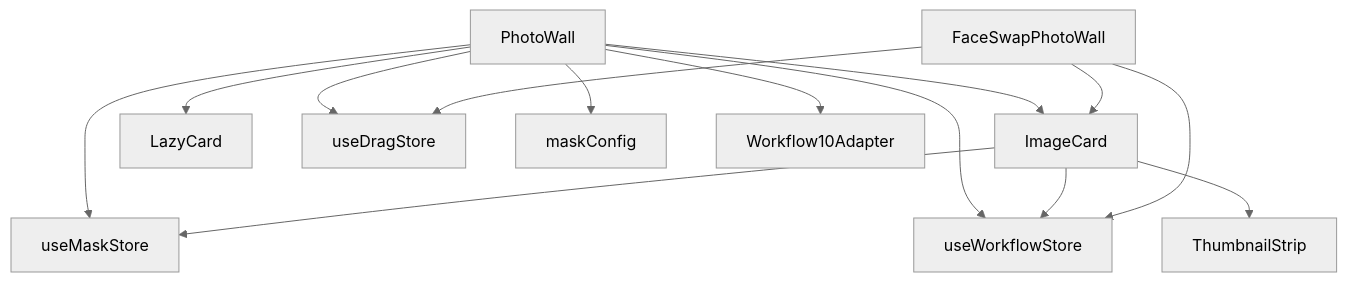
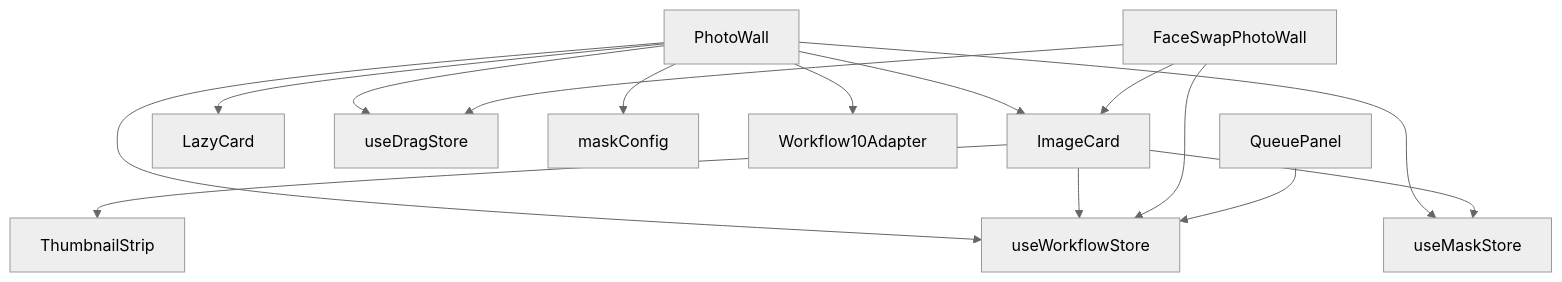
One commit to billye220670/CorineKit_Pix2Real changed diagram 11 of 11 in .qoder/repowiki/zh/content/用户界面组件/核心界面组件/图片墙组件 (PhotoWall).md. Above: the diagram before and after it, drawn with Mermaid (neutral theme). The commit also changed other lines of this file and 10 other files, not shown here.

Commit message:
feat: LoRA触发词右键上下文菜单与未使用检测 - 新增PromptContextMenu多层级右键菜单组件 - 移除侧边栏LoRA触发词文本显示，改为未使用时黄色警告图标 - 提示词输入框右键弹出菜单，支持插入LoRA触发词和标签分类数据 - Text2ImgSidebar和ZITSidebar同步更新

````diff
--- a/.qoder/repowiki/zh/content/用户界面组件/核心界面组件/图片墙组件 (PhotoWall).md
+++ b/.qoder/repowiki/zh/content/用户界面组件/核心界面组件/图片墙组件 (PhotoWall).md
@@ -409,16 +479,17 @@
 ```mermaid
 graph TB
 PW["PhotoWall"] --> IC["ImageCard"]
 PW --> LC["LazyCard"]
 PW --> WFS["useWorkflowStore"]
 PW --> DS["useDragStore"]
 PW --> MS["useMaskStore"]
 PW --> MC["maskConfig"]
 PW --> WA["Workflow10Adapter"]
 IC --> TS["ThumbnailStrip"]
 IC --> WFS
 IC --> MS
 FSPW["FaceSwapPhotoWall"] --> IC
 FSPW --> WFS
 FSPW --> DS
+QP["QueuePanel"] --> WFS
 ```
````
